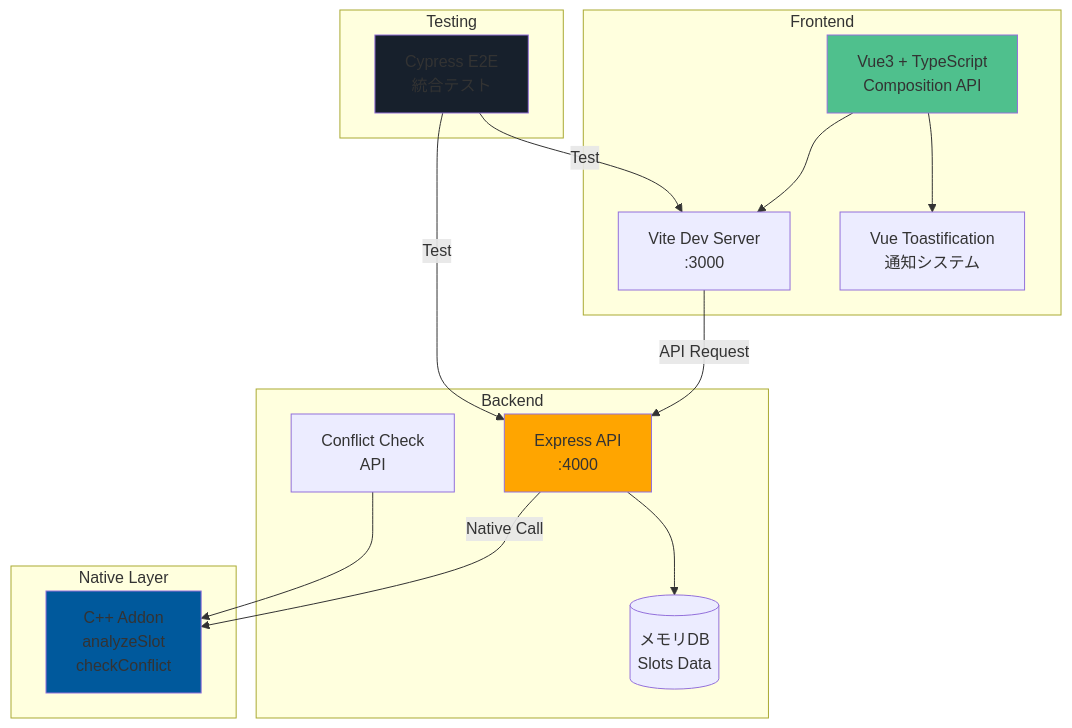
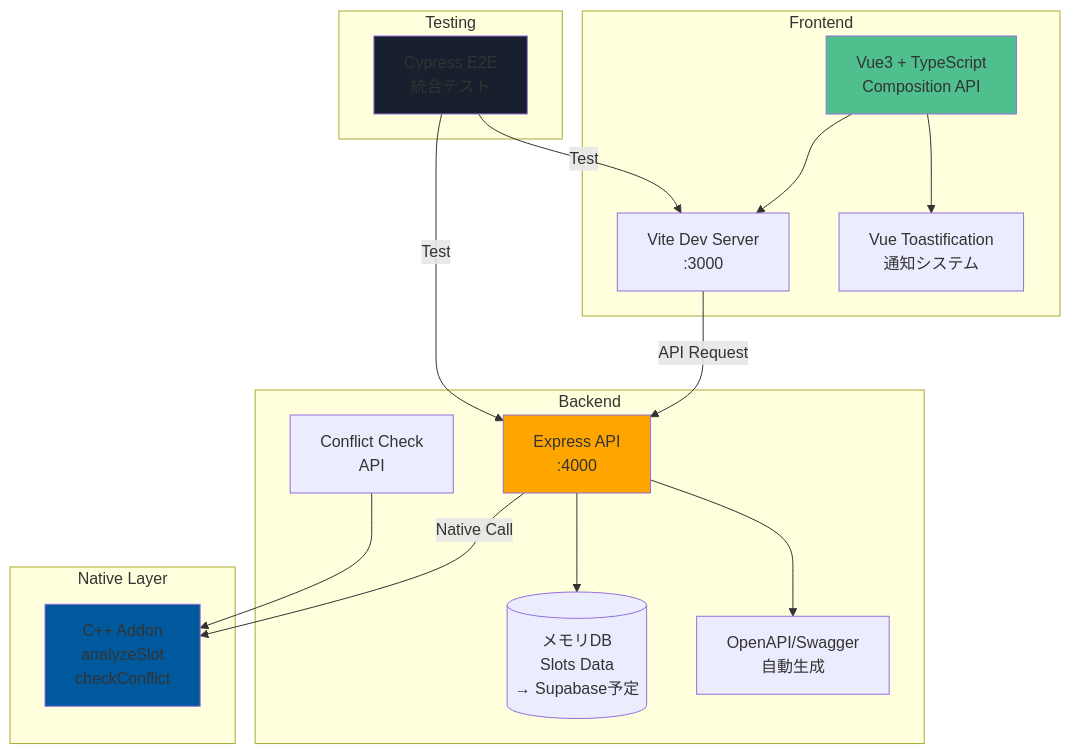
One commit to kimny1143/catchup-20250618vue changed the diagram in README.md. Above: the diagram before and after it, drawn with Mermaid. The commit also changed other lines of this file and 14 other files, not shown here.

````diff
--- a/README.md
+++ b/README.md
@@ -9,36 +9,38 @@
 ```mermaid
 graph TB
     subgraph "Frontend"
         Vue[Vue3 + TypeScript<br/>Composition API]
         Vite[Vite Dev Server<br/>:3000]
         Toast[Vue Toastification<br/>通知システム]
     end
     
     subgraph "Backend"
         Express[Express API<br/>:4000]
-        Memory[(メモリDB<br/>Slots Data)]
+        Memory[(メモリDB<br/>Slots Data<br/>→ Supabase予定)]
         Conflict[Conflict Check<br/>API]
+        OpenAPI[OpenAPI/Swagger<br/>自動生成]
     end
     
     subgraph "Native Layer"
         CPP[C++ Addon<br/>analyzeSlot<br/>checkConflict]
     end
     
     subgraph "Testing"
         Cypress[Cypress E2E<br/>統合テスト]
     end
     
     Vue --> Vite
     Vue --> Toast
     Vite -->|API Request| Express
     Express --> Memory
     Express -->|Native Call| CPP
+    Express --> OpenAPI
     Conflict --> CPP
     Cypress -->|Test| Vite
     Cypress -->|Test| Express
     
     style Vue fill:#4FC08D
     style Express fill:#FFA500
     style CPP fill:#00599C
     style Cypress fill:#17202C
 ```
````
